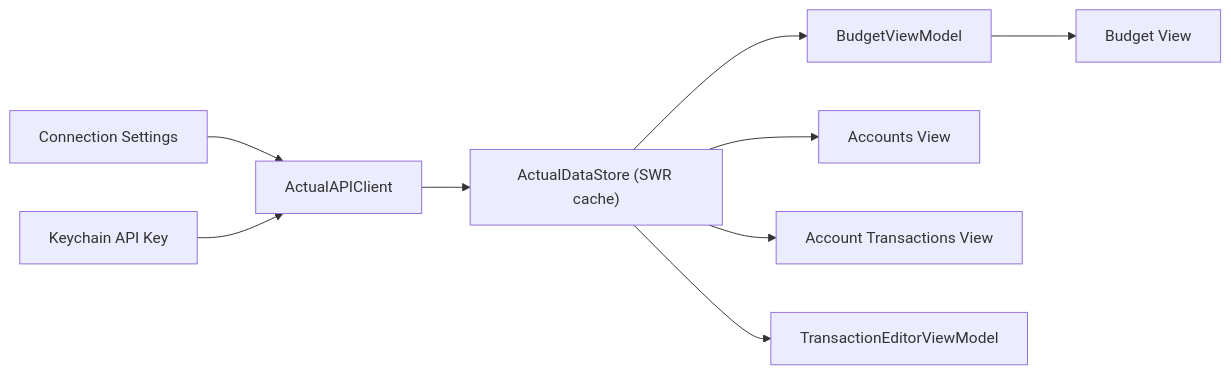
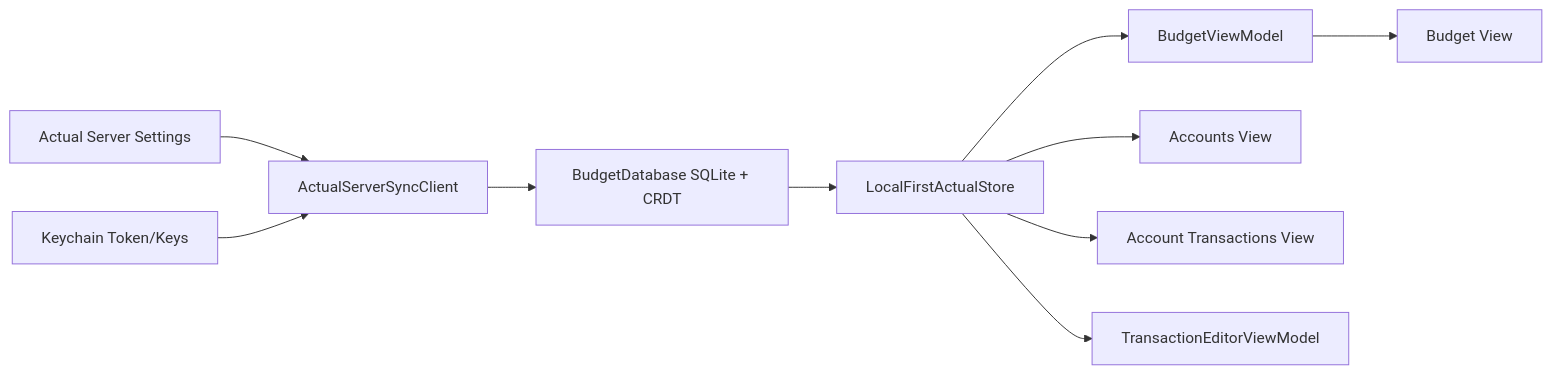
Before and after one commit to sporez/actualist: the diagram in docs/PLAN.md, drawn with Mermaid. The commit also changed other lines of this file and 10 other files, not shown here.

Commit message:
docs: align local-first guidance

````diff
--- a/docs/PLAN.md
+++ b/docs/PLAN.md
@@ -316,11 +273,12 @@
 ```mermaid
 flowchart LR
-  Settings["Connection Settings"] --> Client["ActualAPIClient"]
-  Keychain["Keychain API Key"] --> Client
-  Client --> Store["ActualDataStore (SWR cache)"]
+  Settings["Actual Server Settings"] --> Sync["ActualServerSyncClient"]
+  Keychain["Keychain Token/Keys"] --> Sync
+  Sync --> Database["BudgetDatabase SQLite + CRDT"]
+  Database --> Store["LocalFirstActualStore"]
   Store --> BudgetVM["BudgetViewModel"]
   Store --> AccountsView["Accounts View"]
   Store --> TransactionsView["Account Transactions View"]
   BudgetVM --> BudgetView["Budget View"]
   Store --> EditorVM["TransactionEditorViewModel"]
 ```
````
